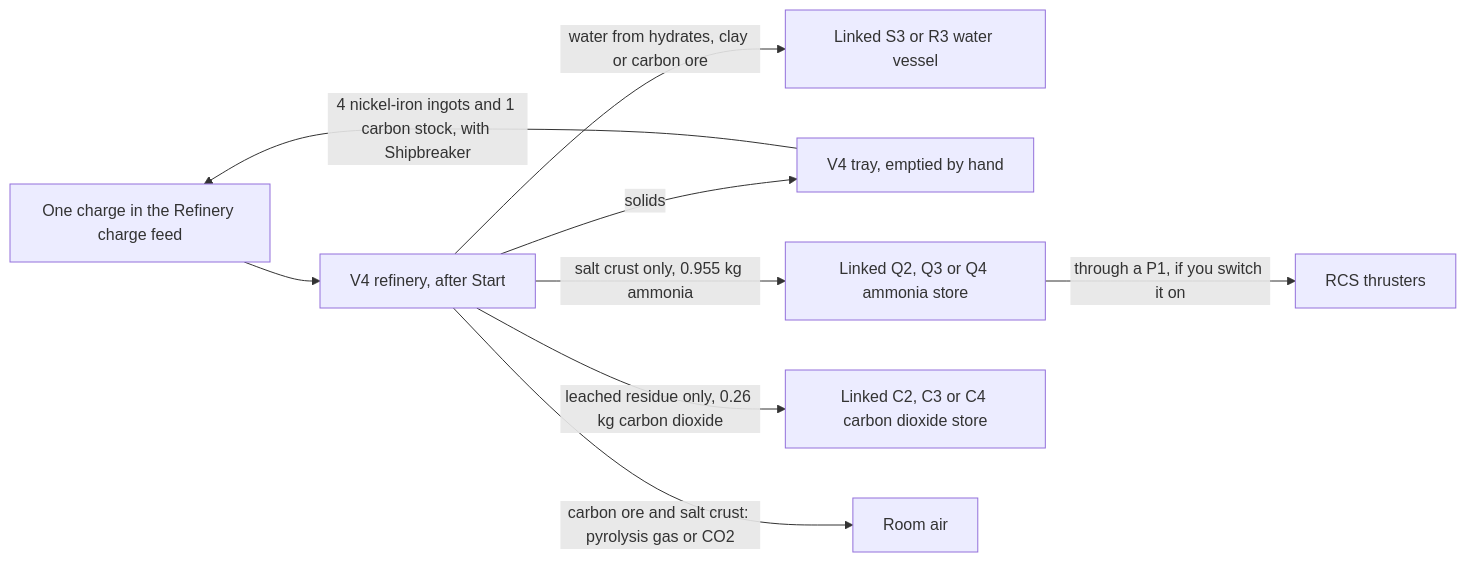
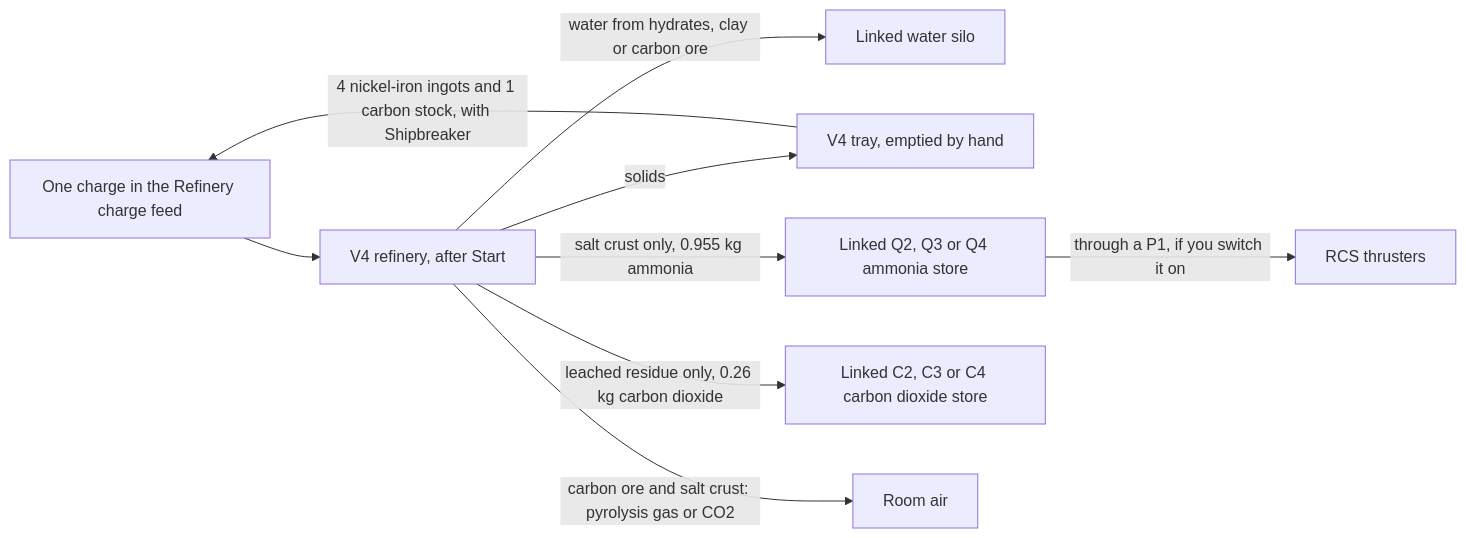
One commit to phobos-dthorga/phobos-ostranauts changed the first of 6 diagrams in docs/manufacturing-player-guide.md. Above: the diagram before and after it, drawn with Mermaid. The commit also changed other lines of this file and 126 other files, not shown here.

First line of the commit message:
Water silo ladder in Framework, reservoirs converted: Framework 0.58.0

````diff
--- a/docs/manufacturing-player-guide.md
+++ b/docs/manufacturing-player-guide.md
@@ -83,11 +83,11 @@
 ```mermaid
 flowchart LR
     Feed["One charge in the Refinery charge feed"] --> V4["V4 refinery, after Start"]
-    V4 -->|water from hydrates, clay or carbon ore| Vessel["Linked S3 or R3 water vessel"]
+    V4 -->|water from hydrates, clay or carbon ore| Vessel["Linked water silo"]
     V4 -->|solids| Tray["V4 tray, emptied by hand"]
     V4 -->|salt crust only, 0.955 kg ammonia| Store["Linked Q2, Q3 or Q4 ammonia store"]
     V4 -->|leached residue only, 0.26 kg carbon dioxide| C2["Linked C2, C3 or C4 carbon dioxide store"]
     V4 -->|carbon ore and salt crust: pyrolysis gas or CO2| Room["Room air"]
     Store -->|through a P1, if you switch it on| RCS["RCS thrusters"]
     Tray -->|4 nickel-iron ingots and 1 carbon stock, with Shipbreaker| Feed
 ```
````
